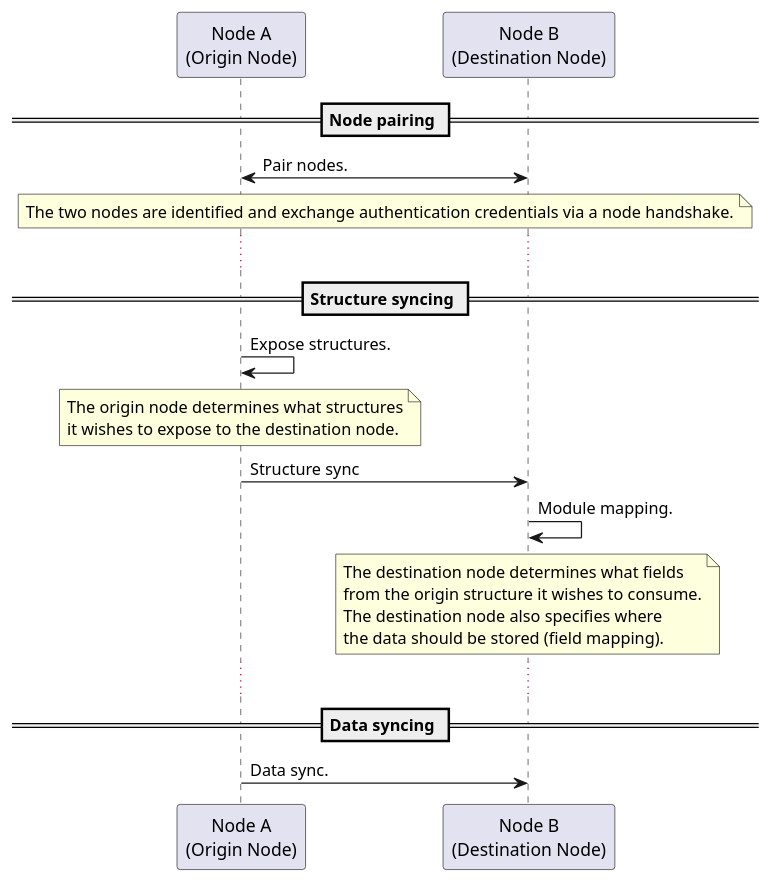
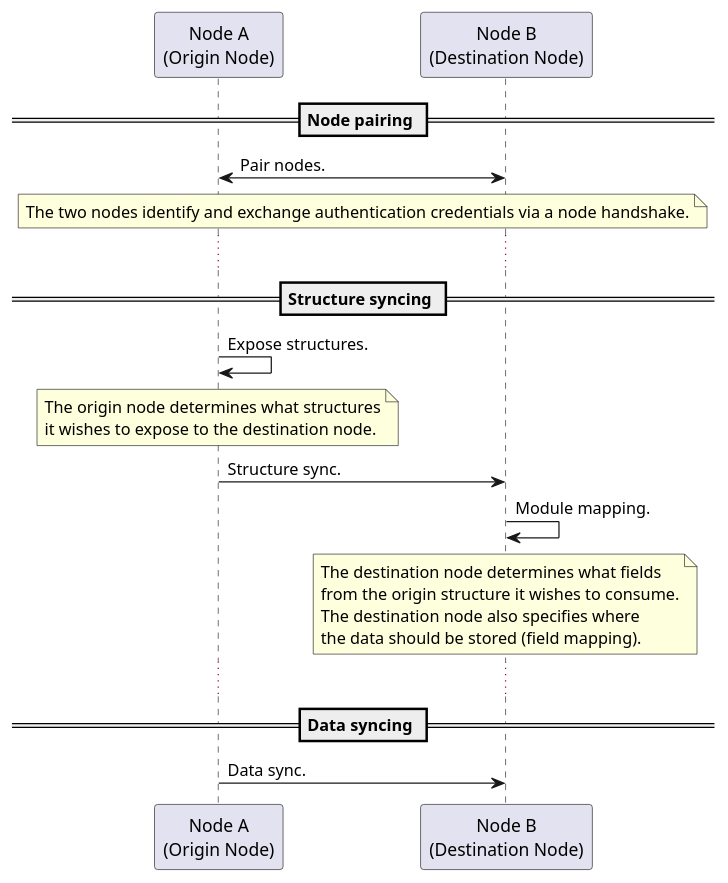
Before and after one commit to cortezaproject/corteza-docs: the diagram in src/modules/ROOT/pages/developer-guide/federation/index.adoc, drawn with PlantUML. The commit also changed other lines of this file and 8 other files, not shown here.

```diff
--- a/src/modules/ROOT/pages/developer-guide/federation/index.adoc
+++ b/src/modules/ROOT/pages/developer-guide/federation/index.adoc
@@ -12,32 +12,32 @@
 [plantuml,federation-overview,svg,role=sequence]
 ----
 @startuml
 skinparam ParticipantPadding 50
 participant "Node A\n(Origin Node)" as NodeA
 participant "Node B\n(Destination Node)" as NodeB
 
 == Node pairing ==
 NodeA <-> NodeB: Pair nodes.
-note over NodeA, NodeB: The two nodes are identified and exchange authentication credentials via a node handshake.
+note over NodeA, NodeB: The two nodes identify and exchange authentication credentials via a node handshake.
 ...
 == Structure syncing ==
 NodeA -> NodeA: Expose structures.
 note over NodeA
 The origin node determines what structures
 it wishes to expose to the destination node.
 end note
-NodeA -> NodeB: Structure sync
+NodeA -> NodeB: Structure sync.
 
 NodeB -> NodeB: Module mapping.
 note over NodeB
 The destination node determines what fields
 from the origin structure it wishes to consume.
 The destination node also specifies where
 the data should be stored (field mapping).
 end note
 ...
 == Data syncing ==
 NodeA -> NodeB: Data sync.
 
 @enduml
 ----
```
